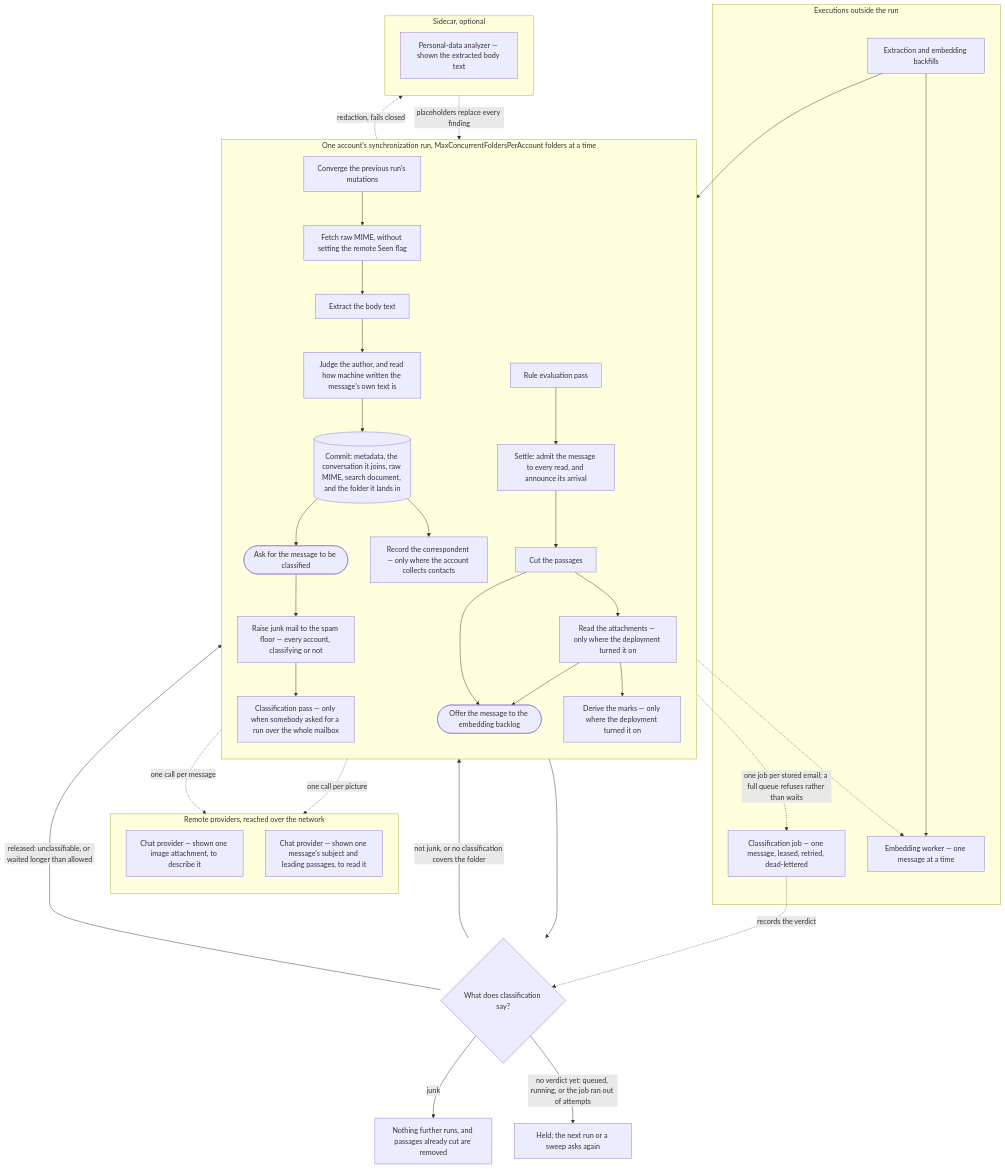
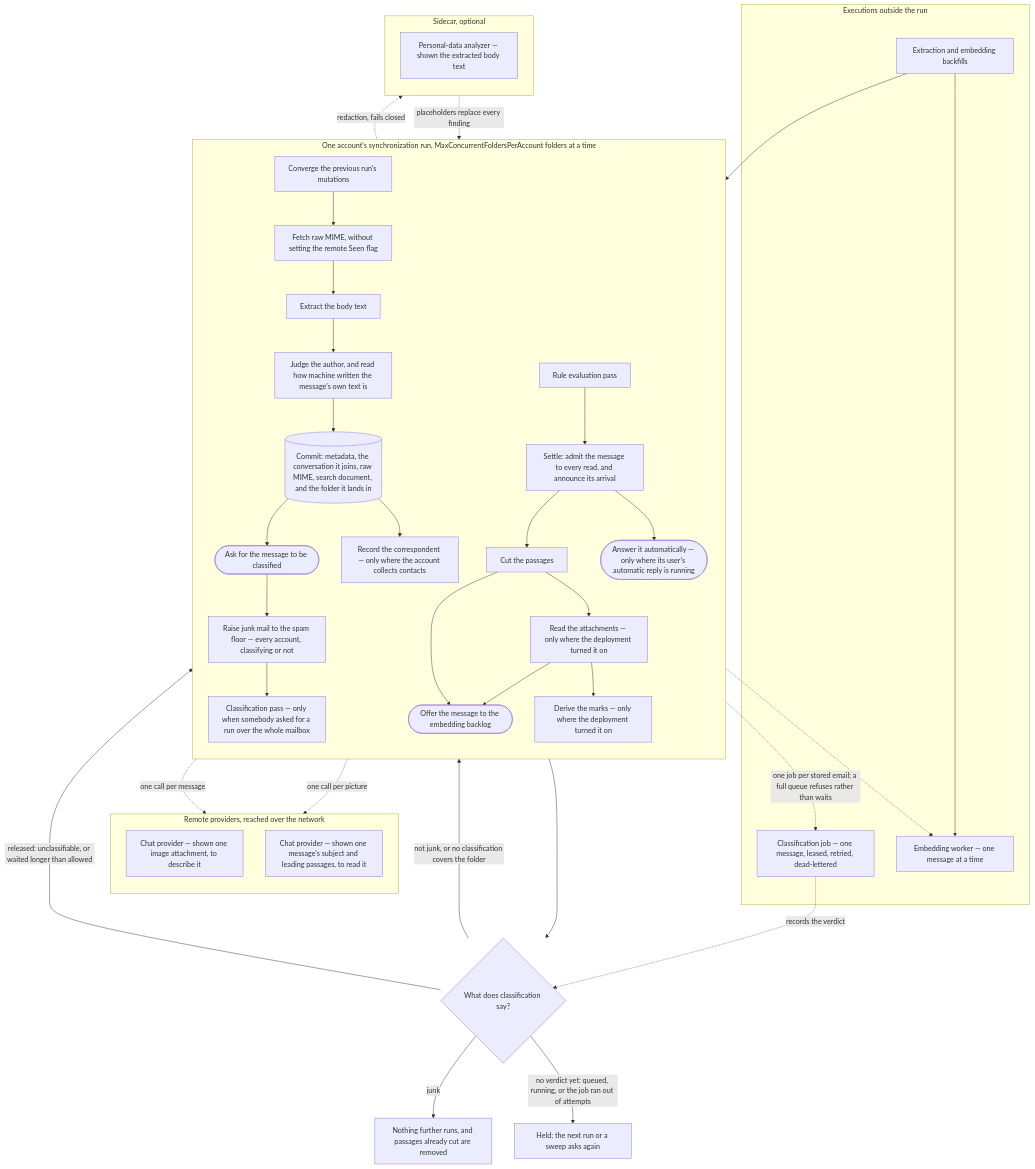
One commit to fathomise/MailFathom changed the diagram in docs/architecture/arrival-pipeline.md. Above: the diagram before and after it, drawn with Mermaid. The commit also changed other lines of this file and 54 other files, not shown here.

Commit message:
[#2796] Answer arriving mail automatically while the user is away

````diff
--- a/docs/architecture/arrival-pipeline.md
+++ b/docs/architecture/arrival-pipeline.md
@@ -16,63 +16,65 @@
 ```mermaid
 flowchart TD
     subgraph run["One account's synchronization run, MaxConcurrentFoldersPerAccount folders at a time"]
         direction TB
         converge["Converge the previous run's mutations"]
         fetch["Fetch raw MIME, without setting the remote Seen flag"]
         extract["Extract the body text"]
         judge["Judge the author, and read how machine written the message's own text is"]
         commit[("Commit: metadata, the conversation it joins, raw MIME, search document, and the folder it lands in")]
         ask(["Ask for the message to be classified"])
         collect["Record the correspondent — only where the account collects contacts"]
         floor["Raise junk mail to the spam floor — every account, classifying or not"]
         classify["Classification pass — only when somebody asked for a run over the whole mailbox"]
         rules["Rule evaluation pass"]
         settle["Settle: admit the message to every read, and announce its arrival"]
+        reply(["Answer it automatically — only where its user's automatic reply is running"])
         cut["Cut the passages"]
         read["Read the attachments — only where the deployment turned it on"]
         offer(["Offer the message to the embedding backlog"])
         enrich["Derive the marks — only where the deployment turned it on"]
     end
 
     subgraph sidecars["Sidecar, optional"]
         direction TB
         presidio["Personal-data analyzer — shown the extracted body text"]
     end
 
     subgraph remote["Remote providers, reached over the network"]
         direction TB
         vision["Chat provider — shown one image attachment, to describe it"]
         enricher["Chat provider — shown one message's subject and leading passages, to read it"]
     end
 
     subgraph elsewhere["Executions outside the run"]
         job["Classification job — one message, leased, retried, dead-lettered"]
         worker["Embedding worker — one message at a time"]
         sweeps["Extraction and embedding backfills"]
     end
 
     converge --> fetch --> extract --> judge
     judge -. "redaction, fails closed" .-> presidio
     presidio -. "placeholders replace every finding" .-> judge
     judge --> commit
     commit --> ask
     commit --> collect
     ask -. "one job per stored email; a full queue refuses rather than waits" .-> job
     ask --> floor --> classify
     job -. "records the verdict" .-> gate
     classify --> gate{"What does classification say?"}
     gate -- "junk" --> withheld["Nothing further runs, and passages already cut are removed"]
     gate -- "not junk, or no classification covers the folder" --> rules
     gate -- "no verdict yet: queued, running, or the job ran out of attempts" --> held["Held; the next run or a sweep asks again"]
     gate -- "released: unclassifiable, or waited longer than allowed" --> rules
     rules --> settle --> cut
+    settle --> reply
     cut --> offer
     cut --> read
     read --> offer
     read -. "one call per picture" .-> vision
     read --> enrich
     enrich -. "one call per message" .-> enricher
     offer -.-> worker
     sweeps --> cut
     sweeps --> worker
 ```
````
